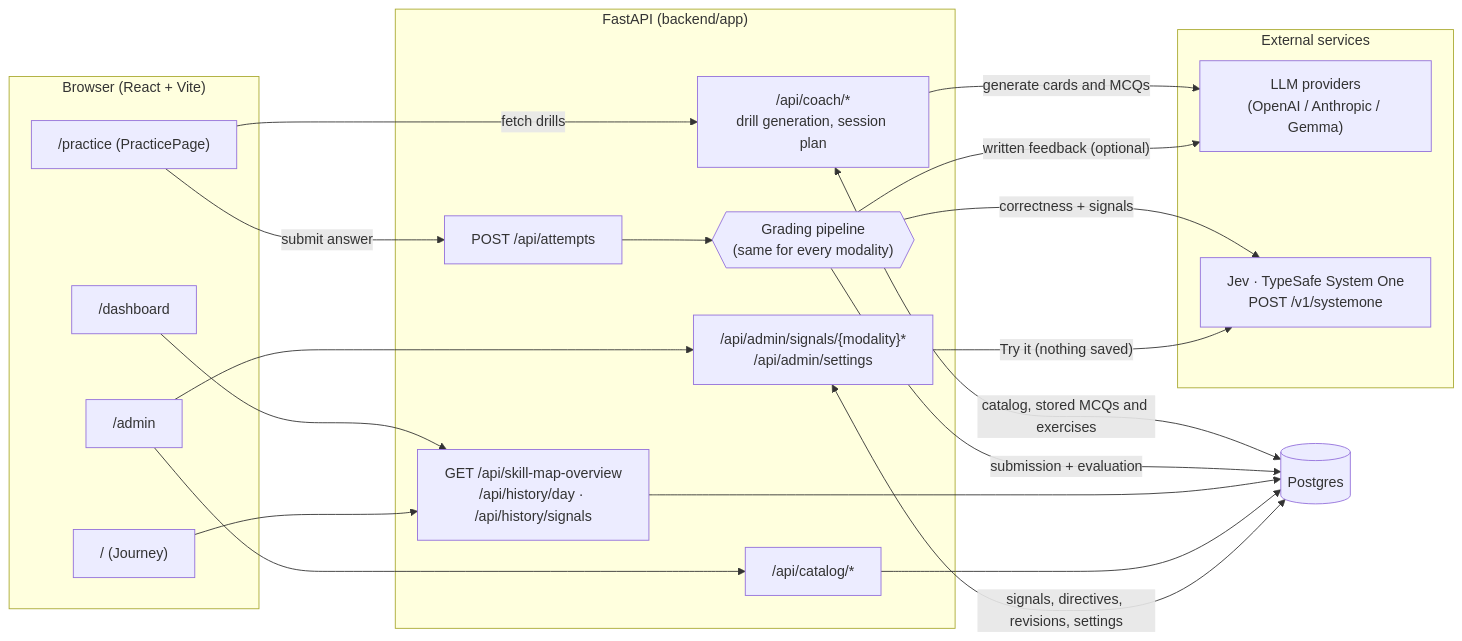
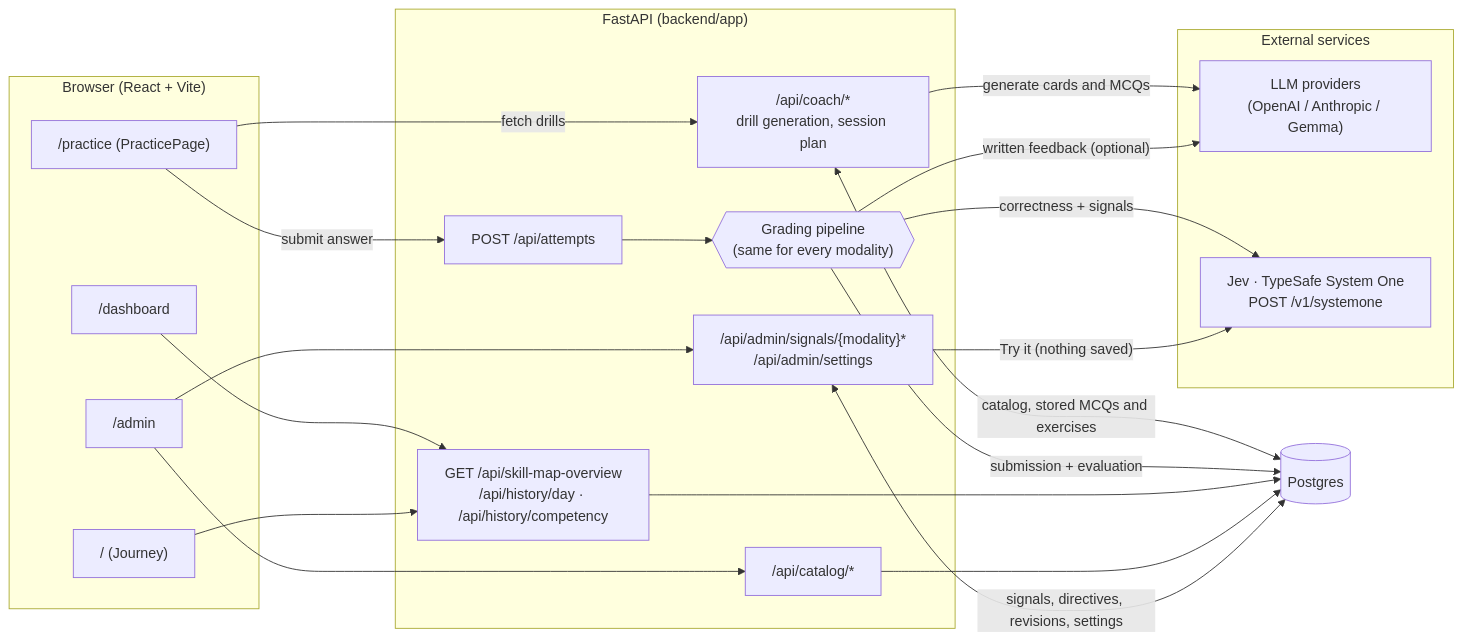
The first of 5 diagrams in docs/data-flow.md (maxmarzolf/system1), drawn with Mermaid before and after one commit. The commit also changed other lines of this file and 29 other files, not shown here.

First line of the commit message:
Journey terrain shows competency per algorithm per day, computed in SQL

````diff
--- a/docs/data-flow.md
+++ b/docs/data-flow.md
@@ -7,43 +7,43 @@
 ```mermaid
 flowchart LR
   subgraph Browser["Browser (React + Vite)"]
     Practice["/practice (PracticePage)"]
     Dashboard["/dashboard"]
     Journey["/ (Journey)"]
     Admin["/admin"]
   end
 
   subgraph API["FastAPI (backend/app)"]
     Coach["/api/coach/*<br/>drill generation, session plan"]
     Attempts["POST /api/attempts"]
-    Reads["GET /api/skill-map-overview<br/>/api/history/day · /api/history/signals"]
+    Reads["GET /api/skill-map-overview<br/>/api/history/day · /api/history/competency"]
     Catalog["/api/catalog/*"]
     AdminAPI["/api/admin/signals/{modality}*<br/>/api/admin/settings"]
     Pipeline{{"Grading pipeline<br/>(same for every modality)"}}
   end
 
   subgraph External["External services"]
     LLM["LLM providers<br/>(OpenAI / Anthropic / Gemma)"]
     Jev["Jev · TypeSafe System One<br/>POST /v1/systemone"]
   end
 
   DB[("Postgres")]
 
   Practice -->|"fetch drills"| Coach
   Coach -->|"generate cards and MCQs"| LLM
   Coach <-->|"catalog, stored MCQs and exercises"| DB
   Practice -->|"submit answer"| Attempts
   Attempts --> Pipeline
   Pipeline -->|"correctness + signals"| Jev
   Pipeline -->|"written feedback (optional)"| LLM
   Pipeline -->|"submission + evaluation"| DB
 
   Dashboard --> Reads
   Journey --> Reads
   Reads --> DB
   Admin --> Catalog
   Catalog --> DB
   Admin --> AdminAPI
   AdminAPI <-->|"signals, directives, revisions, settings"| DB
   AdminAPI -->|"Try it (nothing saved)"| Jev
 ```
````
